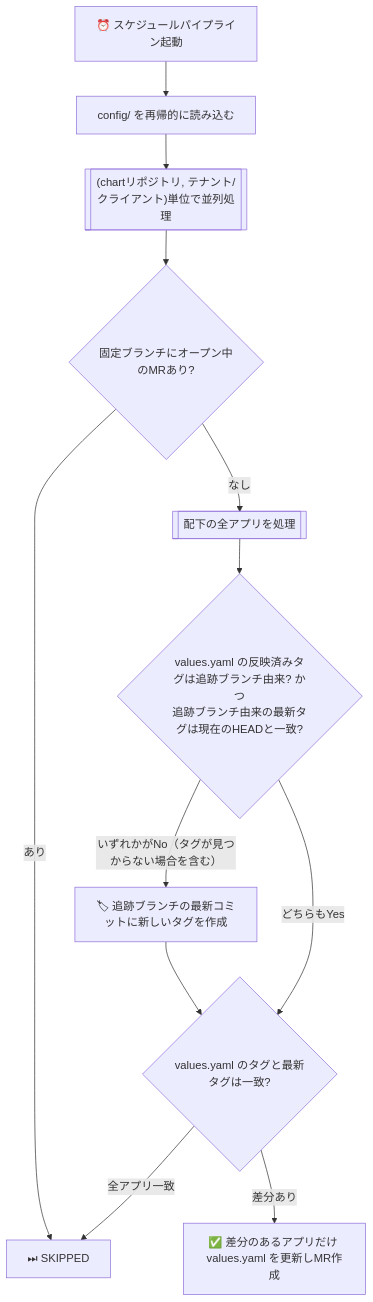
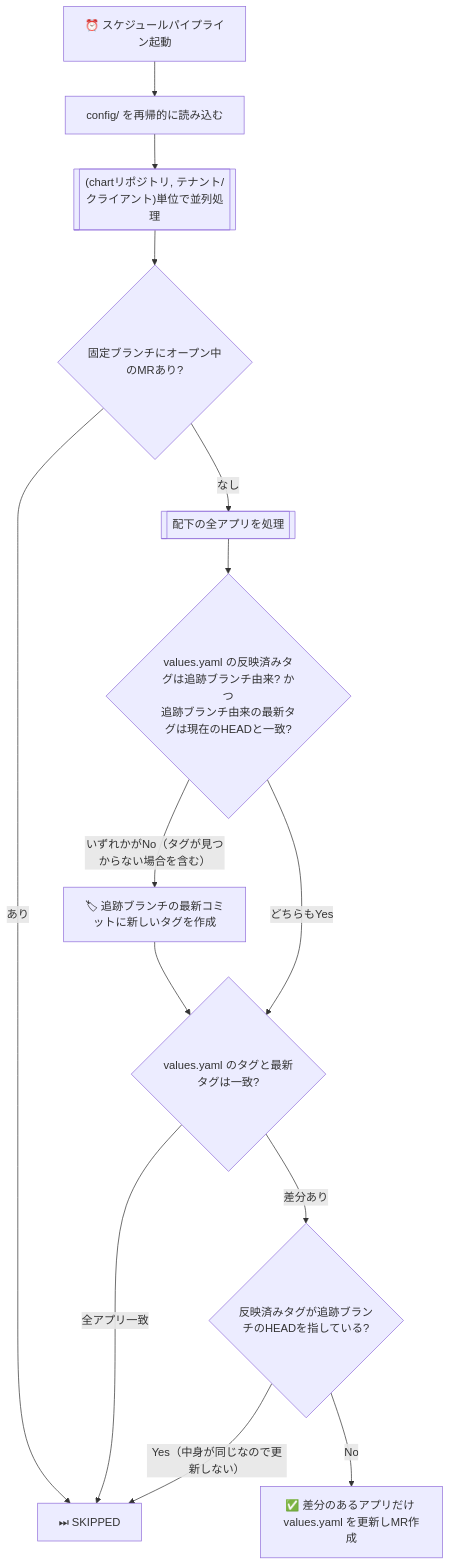
Before and after one commit to sinnlosses/helm-yadokari: the diagram in README.md, drawn with Mermaid. The commit also changed other lines of this file and 3 other files, not shown here.

````diff
--- a/README.md
+++ b/README.md
@@ -98,14 +99,16 @@
 ```mermaid
 flowchart TD
     A[⏰ スケジュールパイプライン起動] --> B[config/ を再帰的に読み込む]
     B --> C[["(chartリポジトリ, テナント/クライアント)単位で並列処理"]]
     C --> D{固定ブランチにオープン中のMRあり?}
     D -->|あり| E[⏭ SKIPPED]
     D -->|なし| F[[配下の全アプリを処理]]
     F --> G{values.yaml の反映済みタグは追跡ブランチ由来? かつ<br/>追跡ブランチ由来の最新タグは現在のHEADと一致?}
     G -->|いずれかがNo（タグが見つからない場合を含む）| H[🏷 追跡ブランチの最新コミットに新しいタグを作成]
     H --> I
     G -->|どちらもYes| I{values.yaml のタグと最新タグは一致?}
     I -->|全アプリ一致| E
-    I -->|差分あり| J[✅ 差分のあるアプリだけ values.yaml を更新しMR作成]
+    I -->|差分あり| K{反映済みタグが追跡ブランチのHEADを指している?}
+    K -->|Yes（中身が同じなので更新しない）| E
+    K -->|No| J[✅ 差分のあるアプリだけ values.yaml を更新しMR作成]
 ```
````
